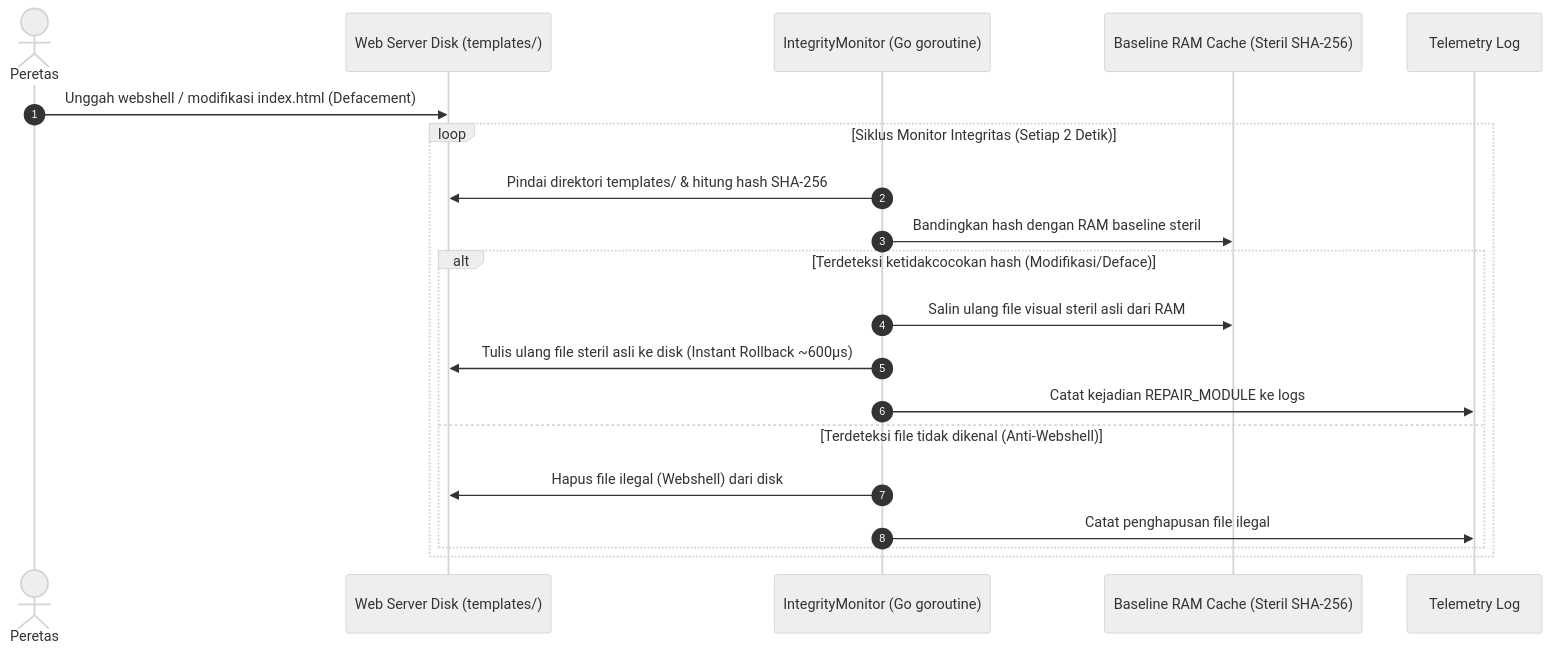
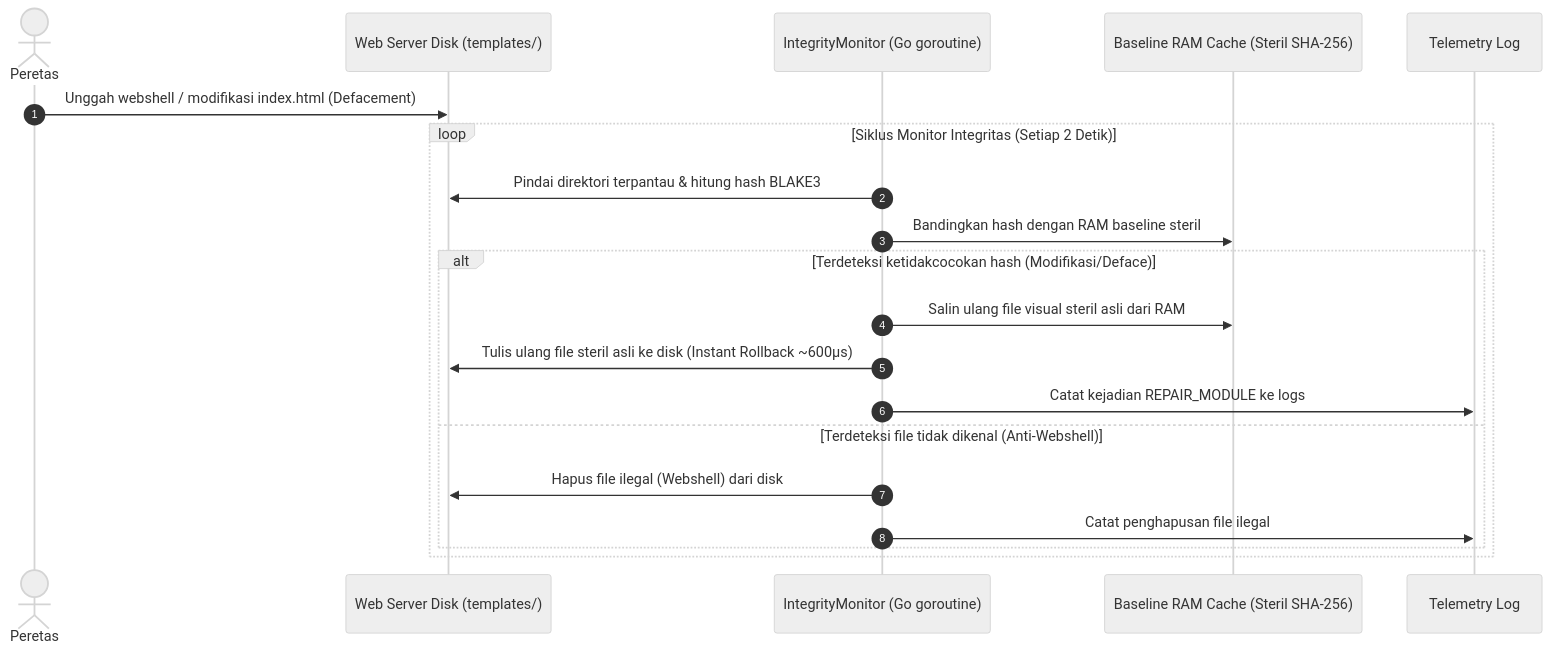
The fourth of 5 diagrams in docs/SOFTWARE_DESIGN_DOCUMENT.md (Thbetyfu/NEXUS-CYBER-FASE3), drawn with Mermaid (neutral theme) before and after one commit. The commit also changed other lines of this file and 101 other files, not shown here.

````diff
--- a/docs/SOFTWARE_DESIGN_DOCUMENT.md
+++ b/docs/SOFTWARE_DESIGN_DOCUMENT.md
@@ -163,24 +165,24 @@
 ```mermaid
 sequenceDiagram
     autonumber
     actor Attacker as Peretas
     participant Disk as Web Server Disk (templates/)
     participant Monitor as IntegrityMonitor (Go goroutine)
     participant RAM as Baseline RAM Cache (Steril SHA-256)
     participant Log as Telemetry Log
 
     Attacker->>Disk: Unggah webshell / modifikasi index.html (Defacement)
     
     loop Siklus Monitor Integritas (Setiap 2 Detik)
-        Monitor->>Disk: Pindai direktori templates/ & hitung hash SHA-256
+        Monitor->>Disk: Pindai direktori terpantau & hitung hash BLAKE3
         Monitor->>RAM: Bandingkan hash dengan RAM baseline steril
         alt Terdeteksi ketidakcocokan hash (Modifikasi/Deface)
             Monitor->>RAM: Salin ulang file visual steril asli dari RAM
             Monitor->>Disk: Tulis ulang file steril asli ke disk (Instant Rollback ~600µs)
             Monitor->>Log: Catat kejadian REPAIR_MODULE ke logs
         else Terdeteksi file tidak dikenal (Anti-Webshell)
             Monitor->>Disk: Hapus file ilegal (Webshell) dari disk
             Monitor->>Log: Catat penghapusan file ilegal
         end
     end
 ```
````
